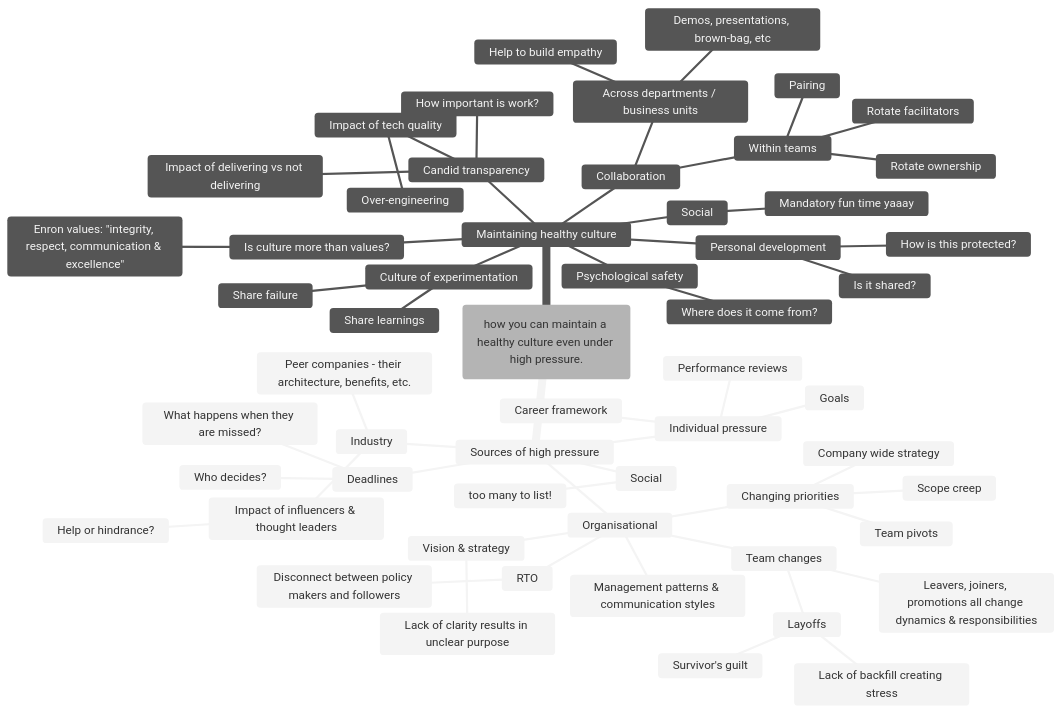
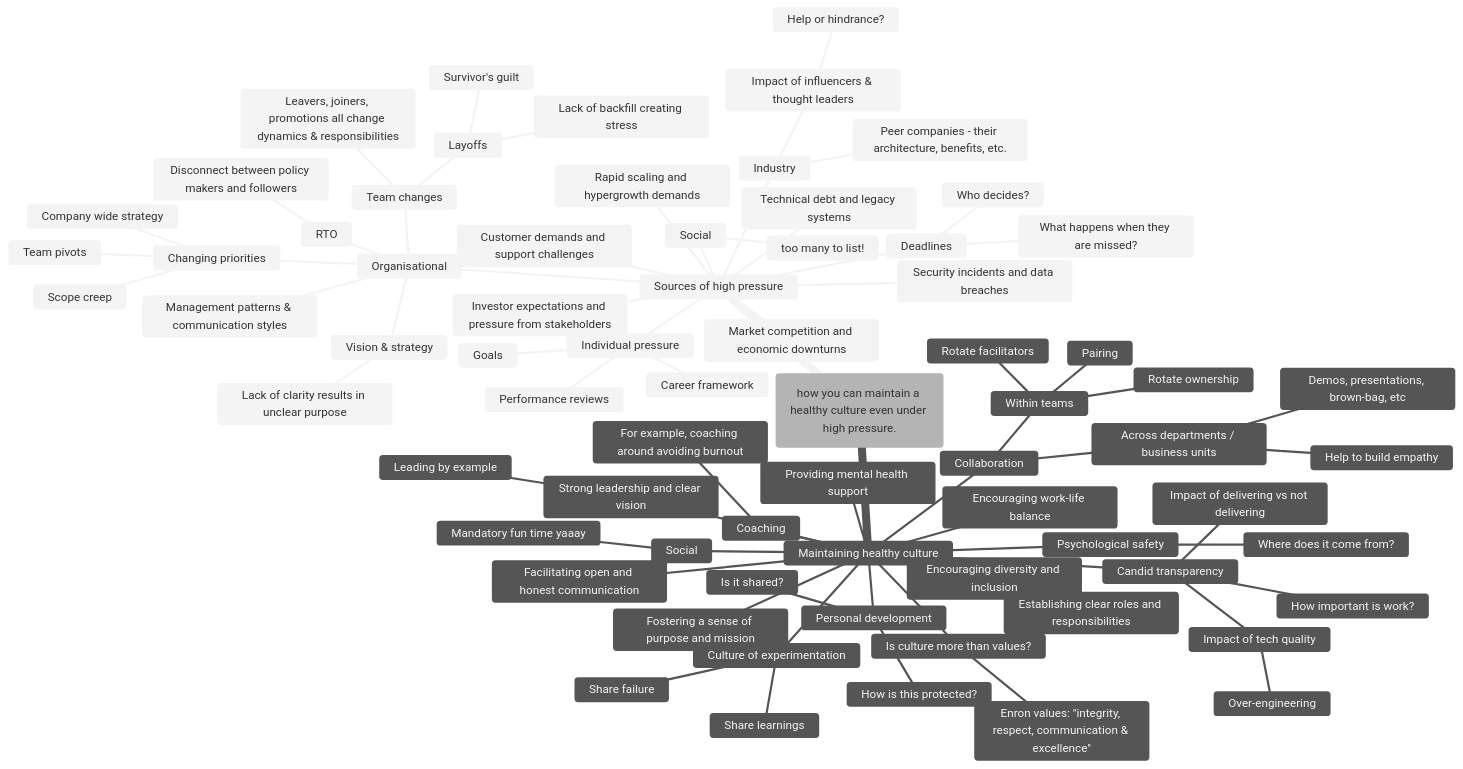
The diagram in README.md (nirajp13/ld-culture-24), drawn with Mermaid (neutral theme) before and after one commit.

Commit message:
feat: add some additional points

````diff
--- a/README.md
+++ b/README.md
@@ -4,60 +4,76 @@
 ```mermaid
 mindmap
 id(how you can maintain a healthy culture even under high pressure.)
     Sources of high pressure
         Organisational
             Vision & strategy
                 Lack of clarity results in unclear purpose
             Management patterns & communication styles
             Changing priorities
                 Company wide strategy
                 Team pivots
                 Scope creep
             Team changes
                 Leavers, joiners, promotions all change dynamics & responsibilities
                 Layoffs
                     Survivor's guilt
                     Lack of backfill creating stress
             RTO
                 Disconnect between policy makers and followers
         Individual pressure
             Goals
             Career framework
             Performance reviews
         Deadlines
             Who decides?
             What happens when they are missed?
         Industry
             Peer companies - their architecture, benefits, etc.
             Impact of influencers & thought leaders
                 Help or hindrance?
         Social
             too many to list!
+        Market competition and economic downturns
+        Technical debt and legacy systems
+        Rapid scaling and hypergrowth demands
+        Investor expectations and pressure from stakeholders
+        Security incidents and data breaches
+        Customer demands and support challenges
     Maintaining healthy culture
         Is culture more than values?
             Enron values: "integrity, respect, communication & excellence"
         Candid transparency
             How important is work?
             Impact of delivering vs not delivering
             Impact of tech quality
                 Over-engineering
         Collaboration
             Within teams
                 Pairing
                 Rotate ownership
                 Rotate facilitators
             Across departments / business units
                 Help to build empathy
                 Demos, presentations, brown-bag, etc
         Psychological safety
             Where does it come from?
         Social
             Mandatory fun time yaaay
         Culture of experimentation
             Share failure
             Share learnings
         Personal development
             How is this protected?
             Is it shared?
+        Coaching
+            For example, coaching around avoiding burnout
+        Strong leadership and clear vision
+            Leading by example
+        Encouraging work-life balance
+        Providing mental health support
+        Establishing clear roles and responsibilities
+        Encouraging diversity and inclusion
+        Facilitating open and honest communication
+        Fostering a sense of purpose and mission
 
 ```
````
